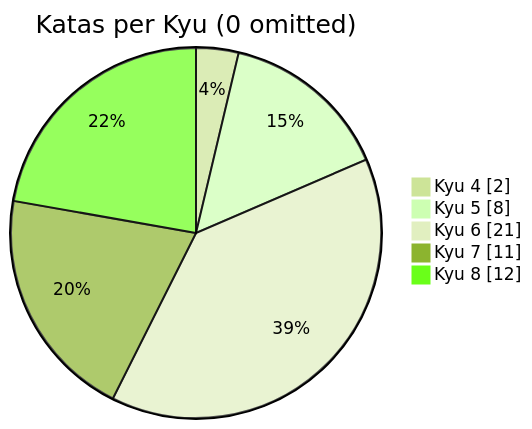
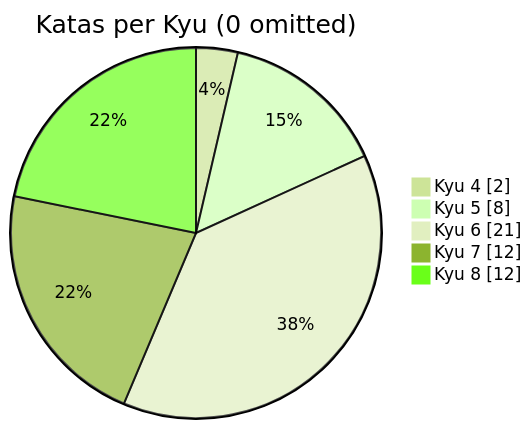
Before and after one commit to MauricioLudwig/codewars-typescript: the diagram in README.md, drawn with Mermaid (forest theme). The commit also changed other lines of this file, not shown here.

````diff
--- a/README.md
+++ b/README.md
@@ -20,9 +20,9 @@
 ```mermaid
 pie showData
     title Katas per Kyu (0 omitted)
 	"Kyu 4": 2
 	"Kyu 5": 8
 	"Kyu 6": 21
-	"Kyu 7": 11
+	"Kyu 7": 12
 	"Kyu 8": 12
 ```
````
